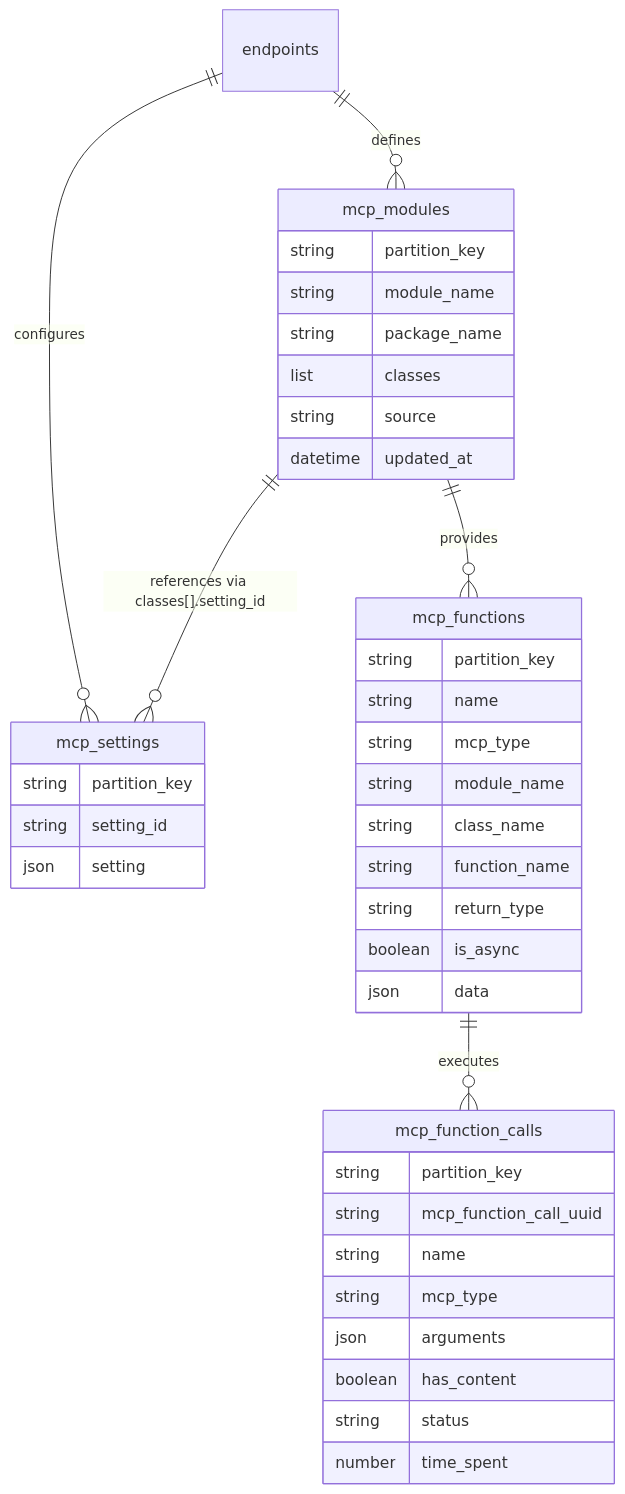
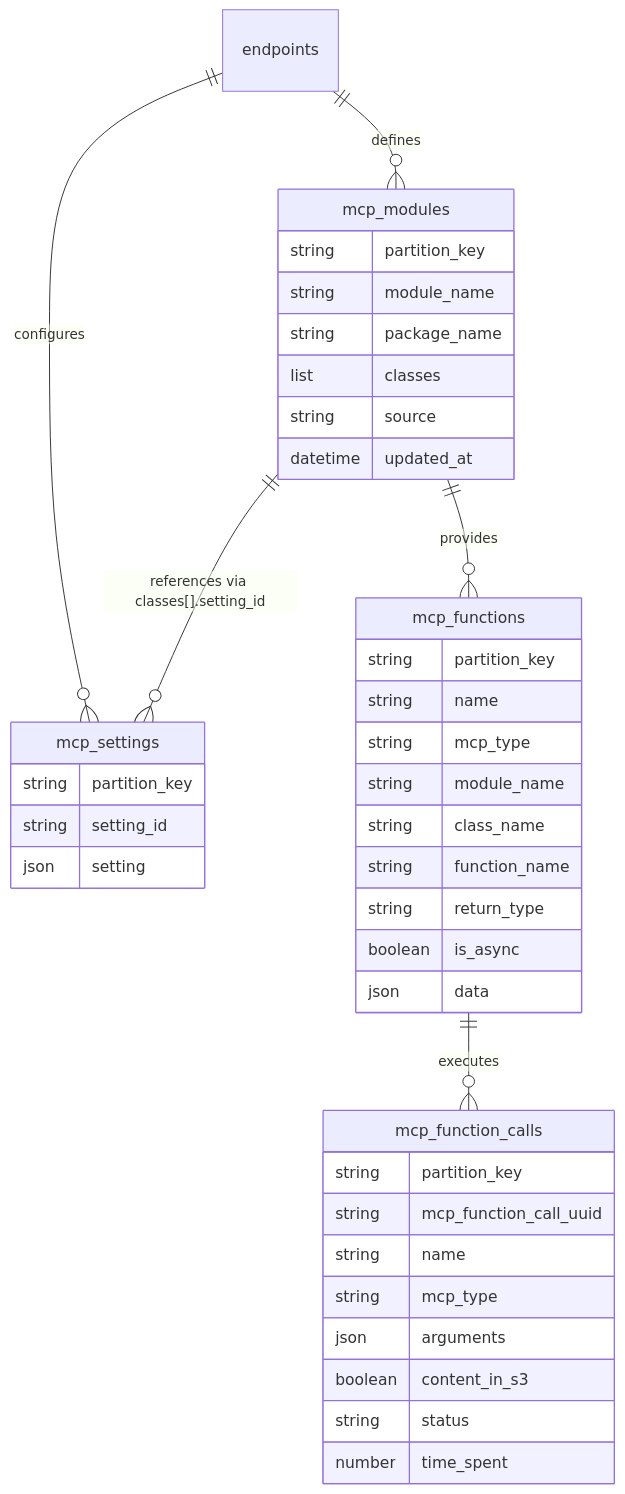
Before and after one commit to ideabosque/ai_mcp_daemon_engine: the second of 2 diagrams in README.md, drawn with Mermaid. The commit also changed other lines of this file and 4 other files, not shown here.

````diff
--- a/README.md
+++ b/README.md
@@ -330,43 +330,43 @@
 ```mermaid
 erDiagram
     endpoints ||--o{ mcp_modules : "defines"
     endpoints ||--o{ mcp_settings : "configures"
     mcp_modules ||--o{ mcp_functions : "provides"
     mcp_functions ||--o{ mcp_function_calls : "executes"
     mcp_modules ||--o{ mcp_settings : "references via classes[].setting_id"
 
     mcp_modules {
         string partition_key
         string module_name
         string package_name
         list classes
         string source
         datetime updated_at
     }
     mcp_functions {
         string partition_key
         string name
         string mcp_type
         string module_name
         string class_name
         string function_name
         string return_type
         boolean is_async
         json data
     }
     mcp_function_calls {
         string partition_key
         string mcp_function_call_uuid
         string name
         string mcp_type
         json arguments
-        boolean has_content
+        boolean content_in_s3
         string status
         number time_spent
     }
     mcp_settings {
         string partition_key
         string setting_id
         json setting
     }
 ```
````
